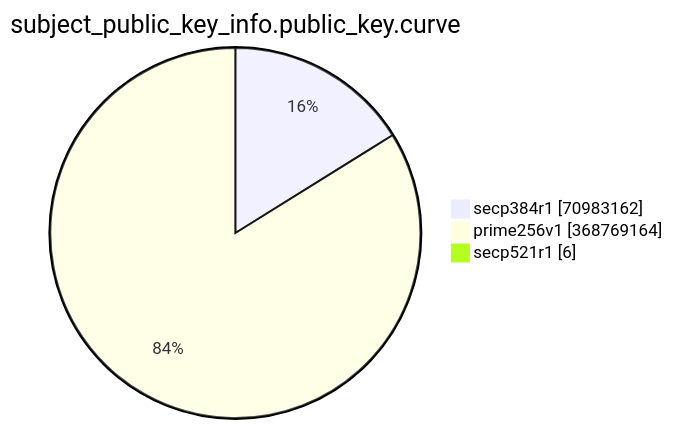
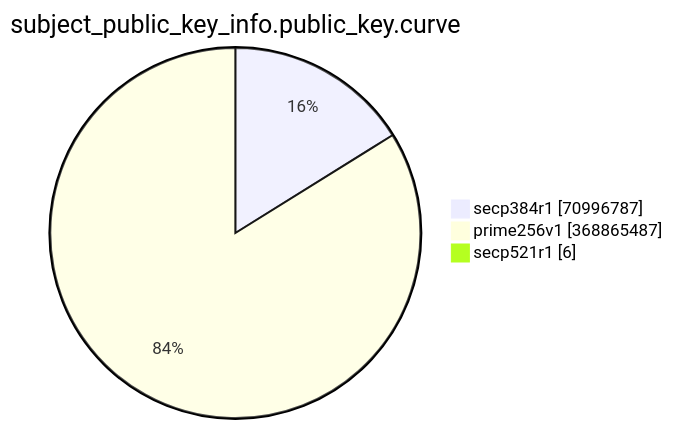
Before and after one commit to christiankrug/ctmonitor_visualization: the eighth of 15 diagrams in TOTAL/README.md, drawn with Mermaid. The commit also changed other lines of this file, not shown here.

````diff
--- a/TOTAL/README.md
+++ b/TOTAL/README.md
@@ -3094,7 +3094,7 @@
 ```mermaid
 pie showData
 title subject_public_key_info.public_key.curve
-"secp384r1" :70983162
-"prime256v1" :368769164
+"secp384r1" :70996787
+"prime256v1" :368865487
 "secp521r1" :6
 ```
````
